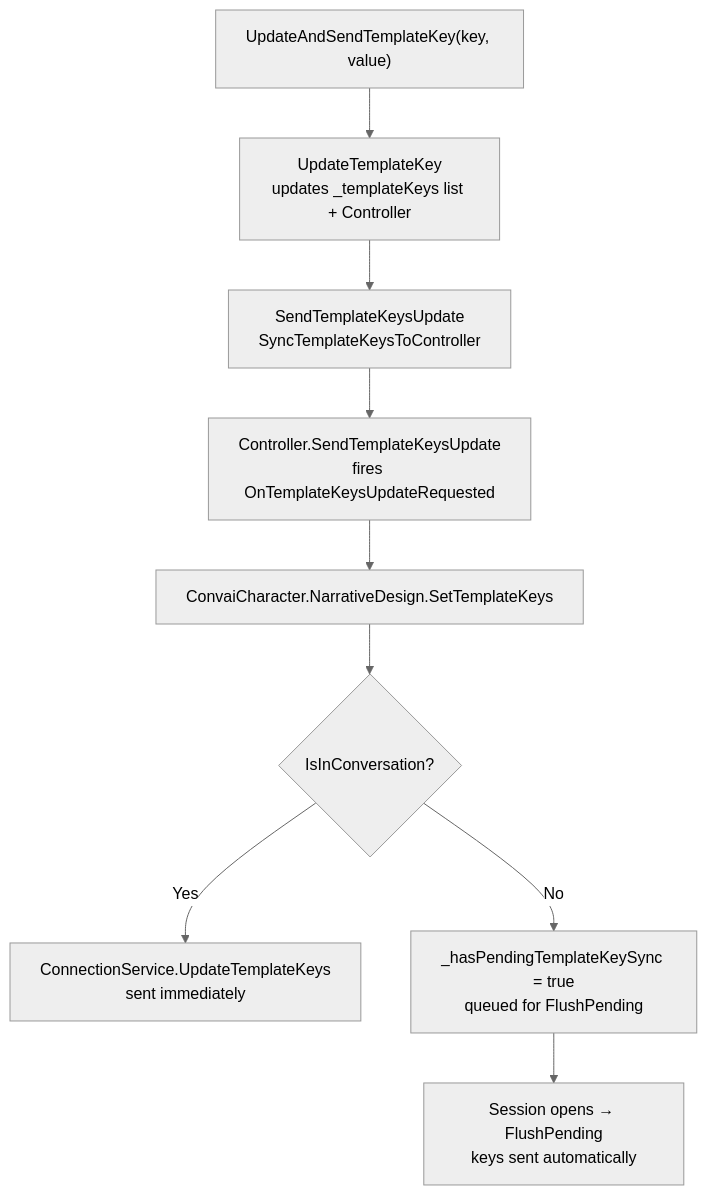
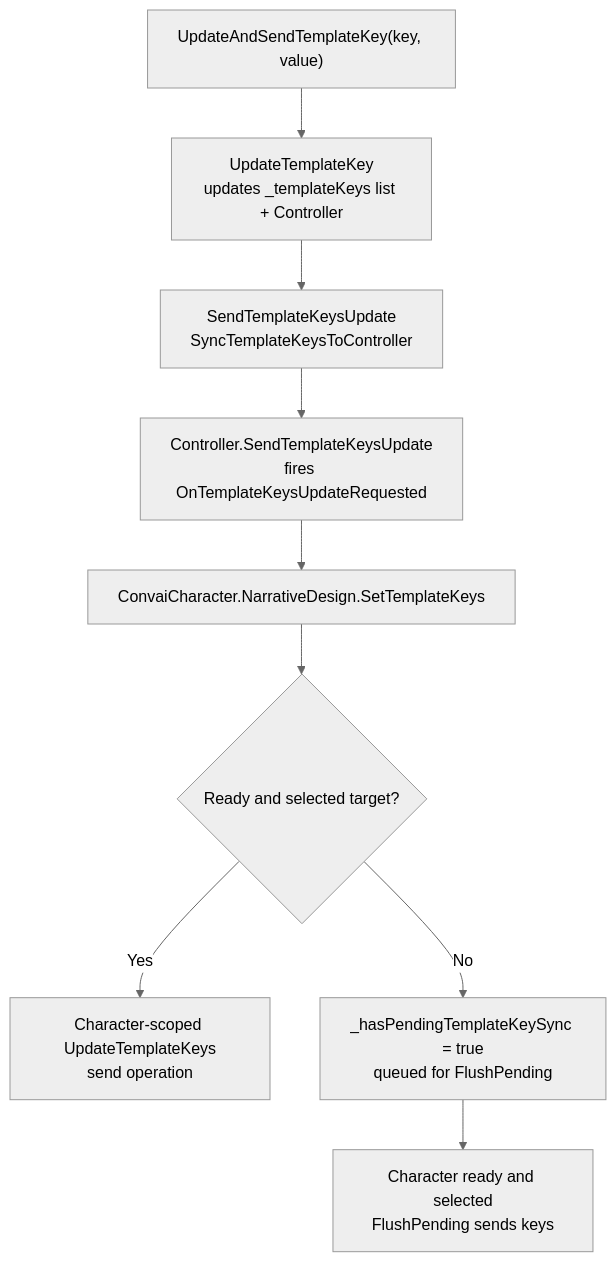
The diagram in plugins-and-integrations/convai-unity-sdk/features/narrative-design/template-keys-dynamic-narrative-variables.md (Conv-AI/Convai-Documentation), drawn with Mermaid (neutral theme) before and after one commit. The commit also changed other lines of this file and 21 other files, not shown here.

````diff
--- a/plugins-and-integrations/convai-unity-sdk/features/narrative-design/template-keys-dynamic-narrative-variables.md
+++ b/plugins-and-integrations/convai-unity-sdk/features/narrative-design/template-keys-dynamic-narrative-variables.md
@@ -66,11 +66,11 @@
 ```mermaid
 flowchart TD
     A["UpdateAndSendTemplateKey(key, value)"] --> B[UpdateTemplateKey\nupdates _templateKeys list + Controller]
     B --> C[SendTemplateKeysUpdate\nSyncTemplateKeysToController]
     C --> D[Controller.SendTemplateKeysUpdate\nfires OnTemplateKeysUpdateRequested]
     D --> E[ConvaiCharacter.NarrativeDesign.SetTemplateKeys]
-    E --> F{IsInConversation?}
-    F -- Yes --> G[ConnectionService.UpdateTemplateKeys\nsent immediately]
+    E --> F{Ready and selected target?}
+    F -- Yes --> G[Character-scoped UpdateTemplateKeys\nsend operation]
     F -- No --> H[_hasPendingTemplateKeySync = true\nqueued for FlushPending]
-    H --> I[Session opens → FlushPending\nkeys sent automatically]
+    H --> I[Character ready and selected\nFlushPending sends keys]
 ```
````
